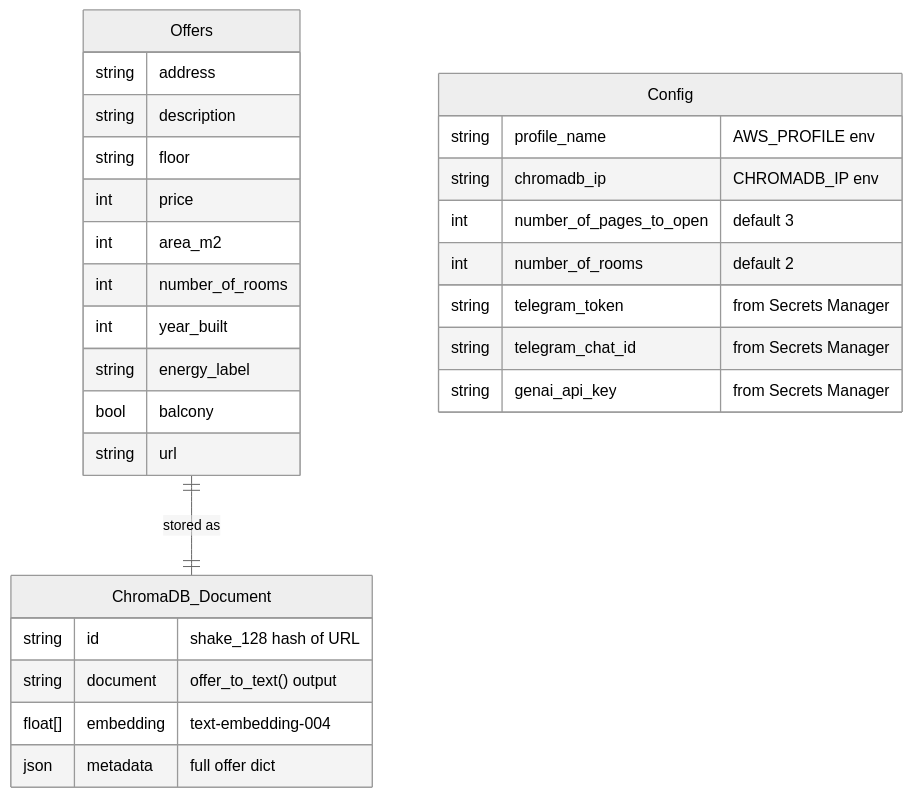
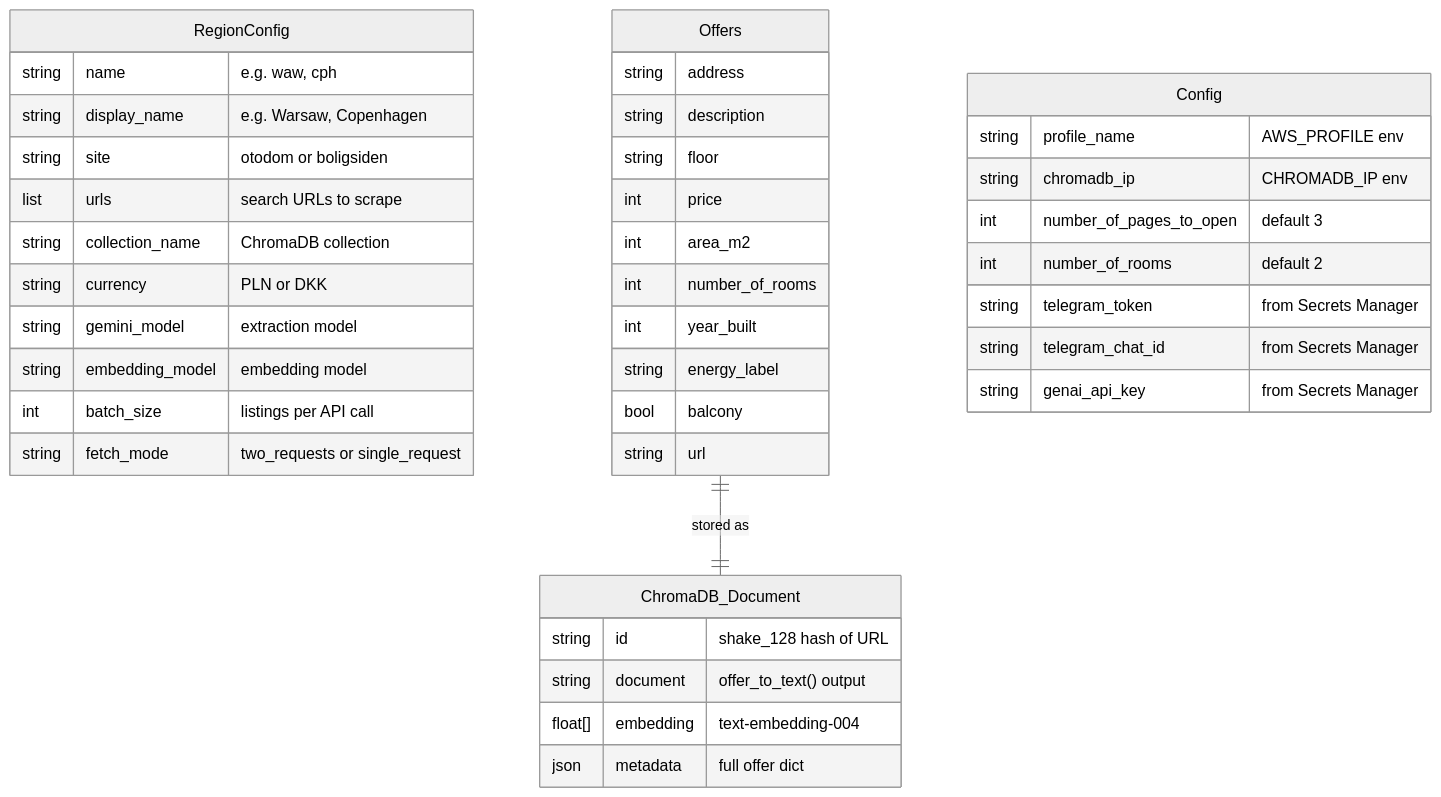
One commit to xSzpo/xFlats-Intelligent-Real-Estate-Assistant changed the fourth of 4 diagrams in docs/architecture.md. Above: the diagram before and after it, drawn with Mermaid (neutral theme). The commit also changed other lines of this file and 17 other files, not shown here.

First line of the commit message:
#14 feat: add WAW region support with multi-region config architecture (#18)

````diff
--- a/docs/architecture.md
+++ b/docs/architecture.md
@@ -170,34 +178,47 @@
 ```mermaid
 erDiagram
+    RegionConfig {
+        string name "e.g. waw, cph"
+        string display_name "e.g. Warsaw, Copenhagen"
+        string site "otodom or boligsiden"
+        list urls "search URLs to scrape"
+        string collection_name "ChromaDB collection"
+        string currency "PLN or DKK"
+        string gemini_model "extraction model"
+        string embedding_model "embedding model"
+        int batch_size "listings per API call"
+        string fetch_mode "two_requests or single_request"
+    }
+
     Offers {
         string address
         string description
         string floor
         int price
         int area_m2
         int number_of_rooms
         int year_built
         string energy_label
         bool balcony
         string url
     }
 
     ChromaDB_Document {
         string id "shake_128 hash of URL"
         string document "offer_to_text() output"
         float[] embedding "text-embedding-004"
         json metadata "full offer dict"
     }
 
     Config {
         string profile_name "AWS_PROFILE env"
         string chromadb_ip "CHROMADB_IP env"
         int number_of_pages_to_open "default 3"
         int number_of_rooms "default 2"
         string telegram_token "from Secrets Manager"
         string telegram_chat_id "from Secrets Manager"
         string genai_api_key "from Secrets Manager"
     }
 
     Offers ||--|| ChromaDB_Document : "stored as"
 ```
````
